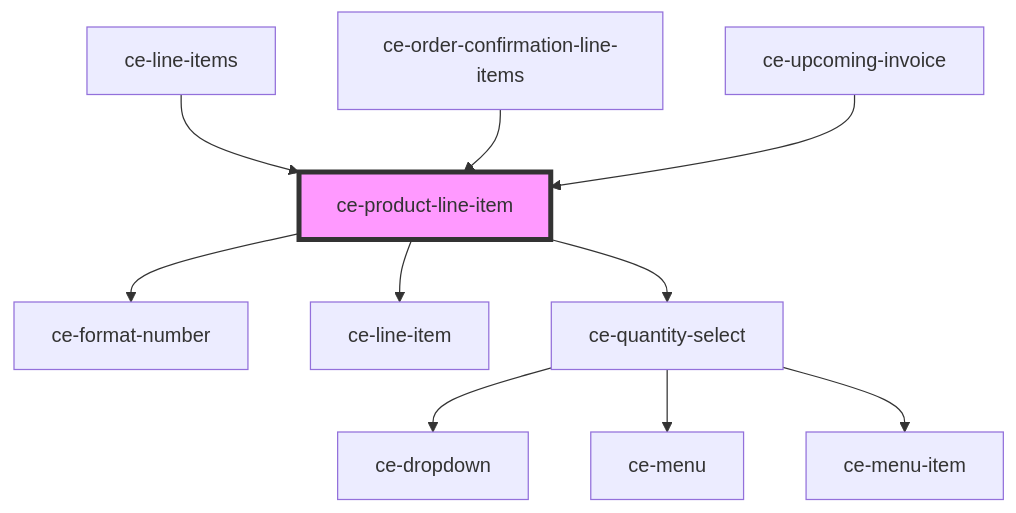
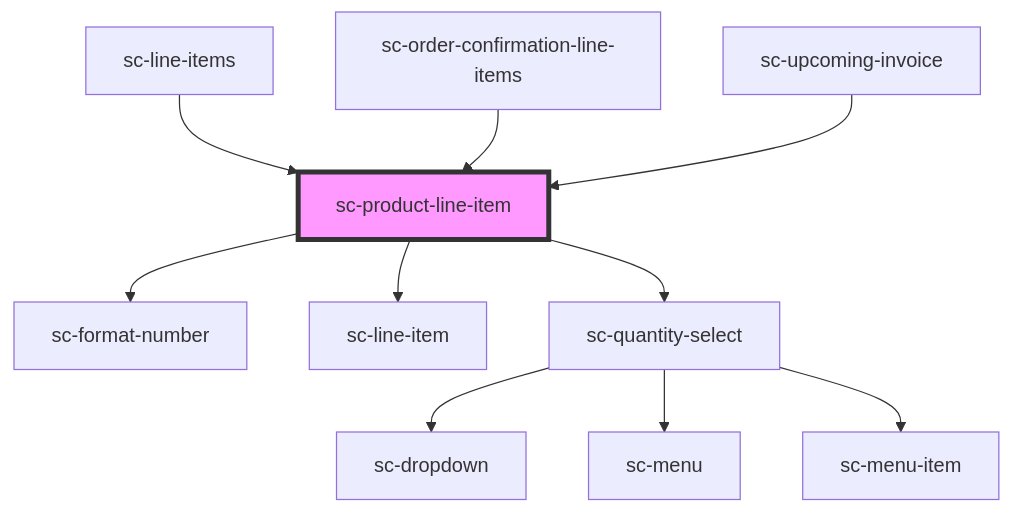
Before and after one commit to surecart/surecart-wp-plugin: the diagram in packages/components/src/components/ui/product-line-item/readme.md, drawn with Mermaid. The commit also changed other lines of this file and 1281 other files, not shown here.

````diff
--- a/packages/components/src/components/ui/product-line-item/readme.md
+++ b/packages/components/src/components/ui/product-line-item/readme.md
@@ -46,13 +46,13 @@
 ```mermaid
 graph TD;
-  ce-product-line-item --> ce-format-number
-  ce-product-line-item --> ce-line-item
-  ce-product-line-item --> ce-quantity-select
-  ce-quantity-select --> ce-dropdown
-  ce-quantity-select --> ce-menu
-  ce-quantity-select --> ce-menu-item
-  ce-line-items --> ce-product-line-item
-  ce-order-confirmation-line-items --> ce-product-line-item
-  ce-upcoming-invoice --> ce-product-line-item
-  style ce-product-line-item fill:#f9f,stroke:#333,stroke-width:4px
+  sc-product-line-item --> sc-format-number
+  sc-product-line-item --> sc-line-item
+  sc-product-line-item --> sc-quantity-select
+  sc-quantity-select --> sc-dropdown
+  sc-quantity-select --> sc-menu
+  sc-quantity-select --> sc-menu-item
+  sc-line-items --> sc-product-line-item
+  sc-order-confirmation-line-items --> sc-product-line-item
+  sc-upcoming-invoice --> sc-product-line-item
+  style sc-product-line-item fill:#f9f,stroke:#333,stroke-width:4px
 ```
````
